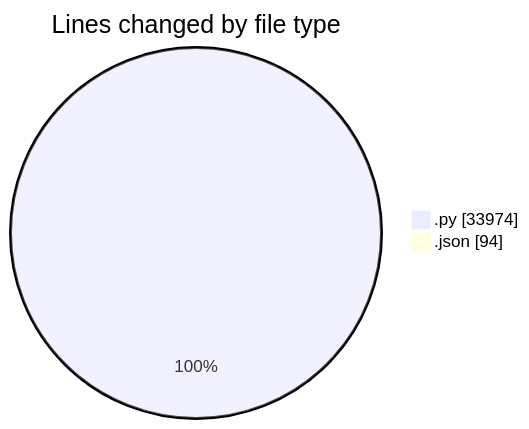
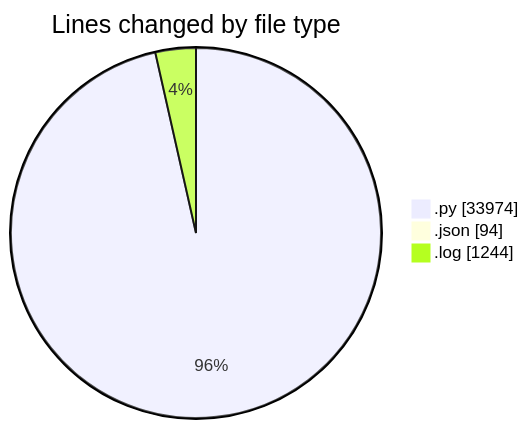
The first of 2 diagrams in 2025-07-14/telebot/README.md (jrari/code-tracking), drawn with Mermaid before and after one commit. The commit also changed other lines of this file and 1 other file, not shown here.

````diff
--- a/2025-07-14/telebot/README.md
+++ b/2025-07-14/telebot/README.md
@@ -57,6 +58,7 @@
 ```mermaid
 pie showData
 title Lines changed by file type
 ".py" : 33974
 ".json" : 94
+".log" : 1244
 ```
````
